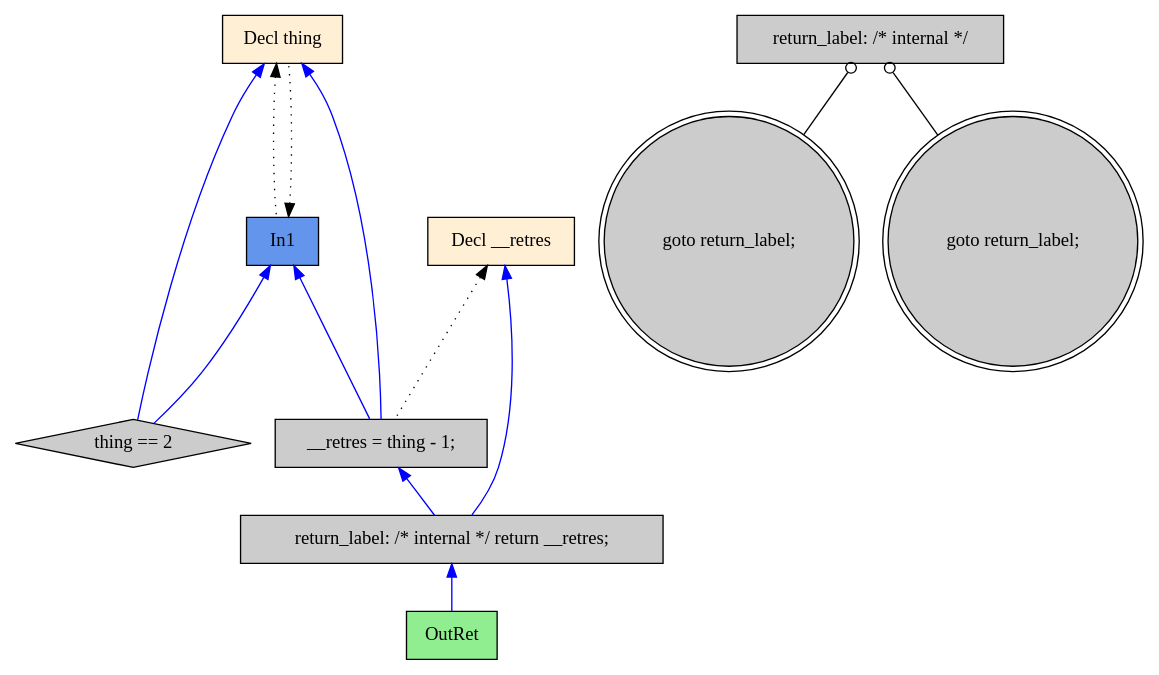
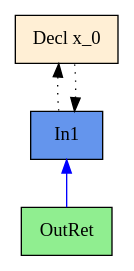
One commit to mosqutip/EECS395-27 changed the diagram in Matlack+Swiech_Code/graph.setuid.dot. Above: the diagram before and after it, drawn with Graphviz. The commit also changed 6 other files, not shown here.

```diff
--- a/Matlack+Swiech_Code/graph.setuid.dot
+++ b/Matlack+Swiech_Code/graph.setuid.dot
@@ -1,31 +1,14 @@
 digraph G {
   rankdir=TB;
   node [style=filled];
-  17 [shape=box, fillcolor="#FFEFD5", label="Decl thing"];
-  18 [shape=box, fillcolor="#6495ED", label="In1"];
-  19 [shape=box, fillcolor="#FFEFD5", label="Decl __retres"];
-  20 [shape=diamond, fillcolor="#CCCCCC", label="thing == 2"];
-  21 [shape=box, fillcolor="#CCCCCC", label="__retres = thing - 1;"];
-  22 [shape=doublecircle, fillcolor="#CCCCCC", label="goto return_label;"];
-  23 [shape=box, fillcolor="#CCCCCC", label="return_label: /* internal */"];
-  24 [shape=doublecircle, fillcolor="#CCCCCC", label="goto return_label;"];
-  25 [shape=box, fillcolor="#CCCCCC",
-      label="return_label: /* internal */ return __retres;"];
-  26 [shape=box, fillcolor="#90EE90", label="OutRet"];
+  108 [shape=box, fillcolor="#FFEFD5", label="Decl x_0"];
+  109 [shape=box, fillcolor="#6495ED", label="In1"];
+  110 [shape=box, fillcolor="#90EE90", label="OutRet"];
   
   
   edge [dir=back];
-  18 -> 17 [style=dotted, color="#000000"];
-  17 -> 18 [style=dotted, color="#000000"];
-  17 -> 20 [color="#0000FF"];
-  18 -> 20 [color="#0000FF"];
-  17 -> 21 [color="#0000FF"];
-  18 -> 21 [color="#0000FF"];
-  19 -> 21 [style=dotted, color="#000000"];
-  23 -> 22 [arrowtail=odot, color="#000000"];
-  23 -> 24 [arrowtail=odot, color="#000000"];
-  19 -> 25 [color="#0000FF"];
-  21 -> 25 [color="#0000FF"];
-  25 -> 26 [color="#0000FF"];
+  109 -> 108 [style=dotted, color="#000000"];
+  108 -> 109 [style=dotted, color="#000000"];
+  109 -> 110 [color="#0000FF"];
   
   }
```
